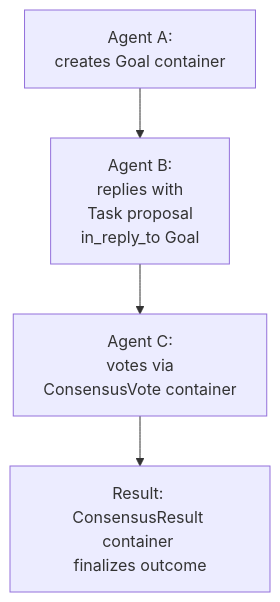
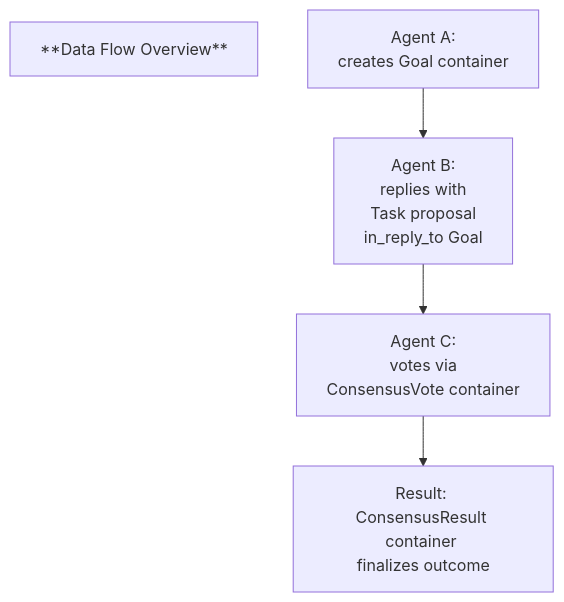
One commit to kagvi13/HMP changed the second of 4 diagrams in docs/HMP-0005.md. Above: the diagram before and after it, drawn with Mermaid. The commit also changed other lines of this file, not shown here.

````diff
--- a/docs/HMP-0005.md
+++ b/docs/HMP-0005.md
@@ -257,11 +259,13 @@
 ```mermaid
 flowchart TD
+    title["**Data Flow Overview**"]
+
     A[Agent A: <br>creates Goal container]
     B[Agent B: <br>replies with <br>Task proposal <br>in_reply_to Goal]
     C[Agent C: <br>votes via <br>ConsensusVote container]
     R[Result: <br>ConsensusResult container <br>finalizes outcome]
 
     A --> B
     B --> C
     C --> R
 ```
````
